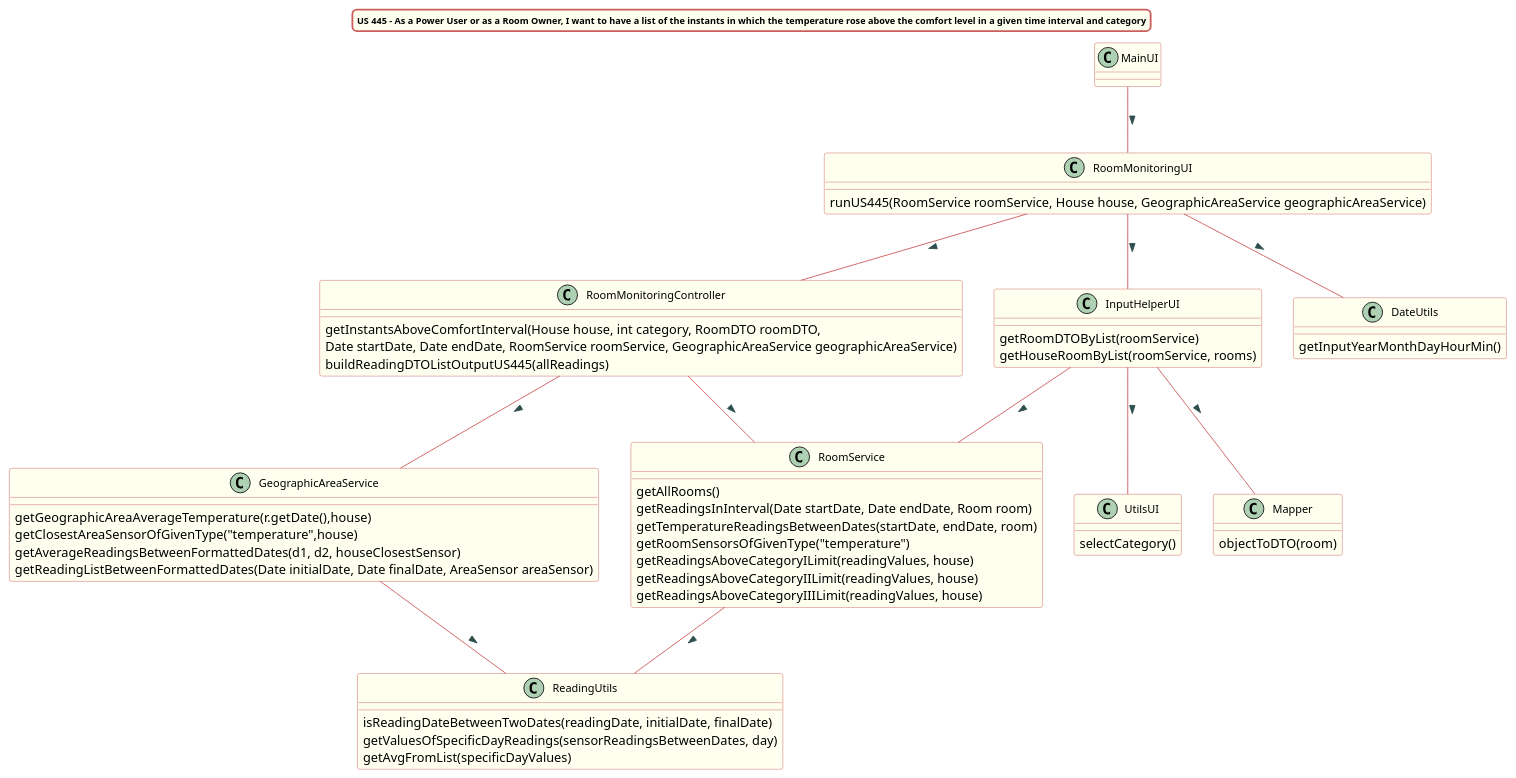
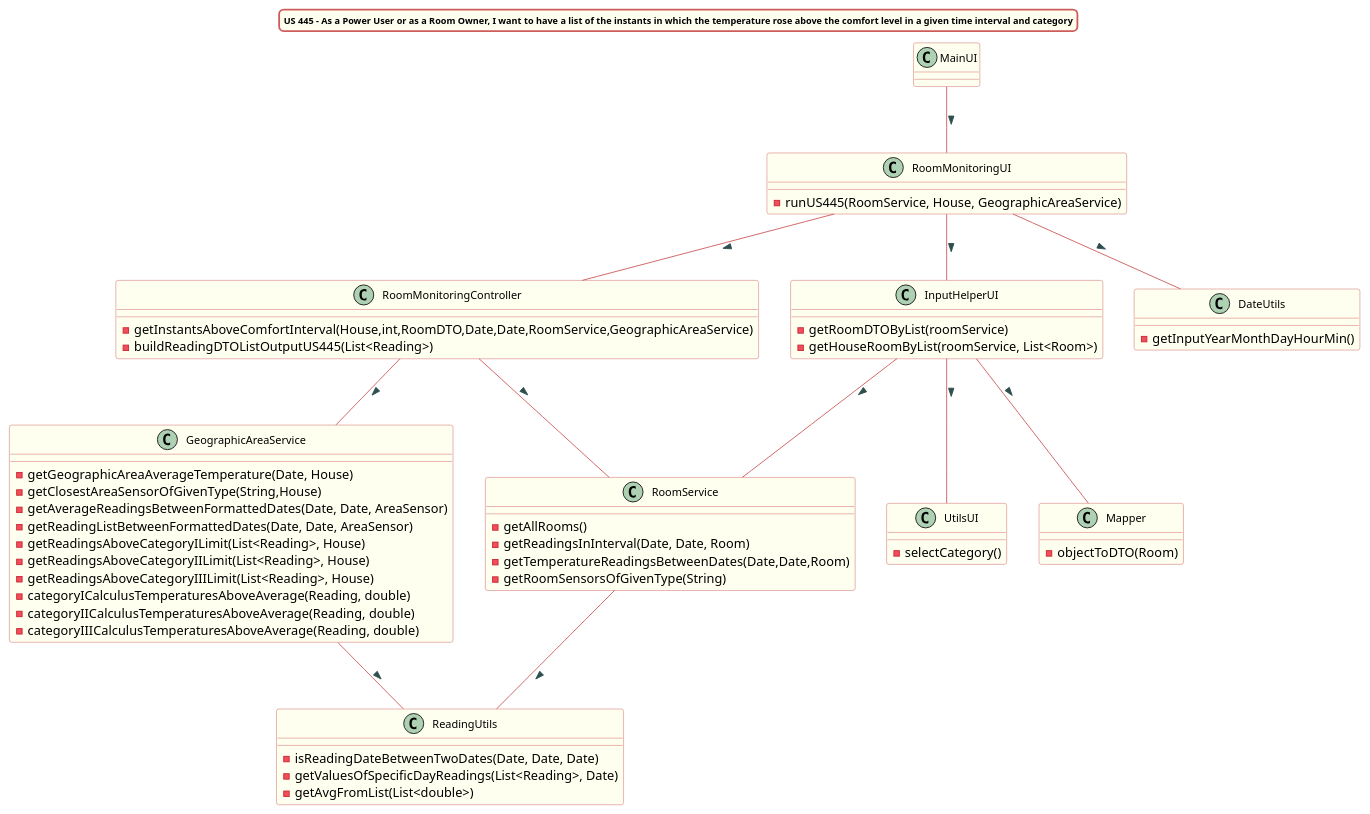
One commit to Almadanmp/project changed the diagram in src/doc/Controllers/RoomMonitoring/US445/US445_cd_RoomMonitoring.puml. Above: the diagram before and after it, drawn with PlantUML. The commit also changed 8 other files, not shown here.

Commit message:
REF #162 updates US 440 and 445 methods location updates US 440 class diagram and sequence diagram

```diff
--- a/src/doc/Controllers/RoomMonitoring/US445/US445_cd_RoomMonitoring.puml
+++ b/src/doc/Controllers/RoomMonitoring/US445/US445_cd_RoomMonitoring.puml
@@ -1,98 +1,100 @@
 @startuml
 
 title US 445 - As a Power User or as a Room Owner, I want to have a list of the instants in which the temperature rose above the comfort level in a given time interval and category
 skinparam titleBorderRoundCorner 10
 skinparam titleBorderThickness 2
 skinparam titleBorderColor indianred
 skinparam titleBackgroundColor ivory
 skinparam FontName verdana
 skinparam titleFontSize 10
 
 
 skinparam class {
   BorderColor indianred
   BackgroundColor indianred
   BackgroundColor ivory
    roundcorner 10
    ArrowFontName Verdana
    ArrowColor indianred
    ArrowFontColor darkslategrey
    FontSize 12
 }
 
 class RoomMonitoringController
 class RoomMonitoringUI
 class Mapper
 class RoomService
 class GeographicAreaService
 class DateUtils
 class InputHelperUI
 class UtilsUI
 
 
 MainUI -- RoomMonitoringUI : >
 RoomMonitoringUI -- DateUtils : >
 RoomMonitoringUI -- InputHelperUI : >
 InputHelperUI -- RoomService : >
 InputHelperUI -- Mapper : >
 InputHelperUI -- UtilsUI : >
 RoomMonitoringUI -- RoomMonitoringController : >
 RoomMonitoringController -- RoomService : >
 RoomService -- ReadingUtils : >
 RoomMonitoringController -- GeographicAreaService : >
 GeographicAreaService -- ReadingUtils : >
 
 
 
 class RoomMonitoringController {
-getInstantsAboveComfortInterval(House house, int category, RoomDTO roomDTO, \nDate startDate, Date endDate, RoomService roomService, GeographicAreaService geographicAreaService)
-buildReadingDTOListOutputUS445(allReadings)
-
+-getInstantsAboveComfortInterval(House,int,RoomDTO,Date,Date,RoomService,GeographicAreaService)
+-buildReadingDTOListOutputUS445(List<Reading>)
 }
 
 class RoomMonitoringUI {
-runUS445(RoomService roomService, House house, GeographicAreaService geographicAreaService)
+-runUS445(RoomService, House, GeographicAreaService)
 }
 
 class Mapper {
-objectToDTO(room)
+-objectToDTO(Room)
 }
 
 class RoomService{
-getAllRooms()
-getReadingsInInterval(Date startDate, Date endDate, Room room)
-getTemperatureReadingsBetweenDates(startDate, endDate, room)
-getRoomSensorsOfGivenType("temperature")
-getReadingsAboveCategoryILimit(readingValues, house)
-getReadingsAboveCategoryIILimit(readingValues, house)
-getReadingsAboveCategoryIIILimit(readingValues, house)
+-getAllRooms()
+-getReadingsInInterval(Date, Date, Room)
+-getTemperatureReadingsBetweenDates(Date,Date,Room)
+-getRoomSensorsOfGivenType(String)
 }
 
 class GeographicAreaService{
-getGeographicAreaAverageTemperature(r.getDate(),house)
-getClosestAreaSensorOfGivenType("temperature",house)
-getAverageReadingsBetweenFormattedDates(d1, d2, houseClosestSensor)
-getReadingListBetweenFormattedDates(Date initialDate, Date finalDate, AreaSensor areaSensor)
+-getGeographicAreaAverageTemperature(Date, House)
+-getClosestAreaSensorOfGivenType(String,House)
+-getAverageReadingsBetweenFormattedDates(Date, Date, AreaSensor)
+-getReadingListBetweenFormattedDates(Date, Date, AreaSensor)
+-getReadingsAboveCategoryILimit(List<Reading>, House)
+-getReadingsAboveCategoryIILimit(List<Reading>, House)
+-getReadingsAboveCategoryIIILimit(List<Reading>, House)
+-categoryICalculusTemperaturesAboveAverage(Reading, double)
+-categoryIICalculusTemperaturesAboveAverage(Reading, double)
+-categoryIIICalculusTemperaturesAboveAverage(Reading, double)
 }
 
 class DateUtils {
-getInputYearMonthDayHourMin()
+-getInputYearMonthDayHourMin()
 }
 
 class InputHelperUI {
-getRoomDTOByList(roomService)
-getHouseRoomByList(roomService, rooms)
+-getRoomDTOByList(roomService)
+-getHouseRoomByList(roomService, List<Room>)
 }
 
 class UtilsUI {
-selectCategory()
+-selectCategory()
 }
 
 class ReadingUtils {
-isReadingDateBetweenTwoDates(readingDate, initialDate, finalDate)
-getValuesOfSpecificDayReadings(sensorReadingsBetweenDates, day)
-getAvgFromList(specificDayValues)
+-isReadingDateBetweenTwoDates(Date, Date, Date)
+-getValuesOfSpecificDayReadings(List<Reading>, Date)
+-getAvgFromList(List<double>)
 }
 
 
 @enduml
```
